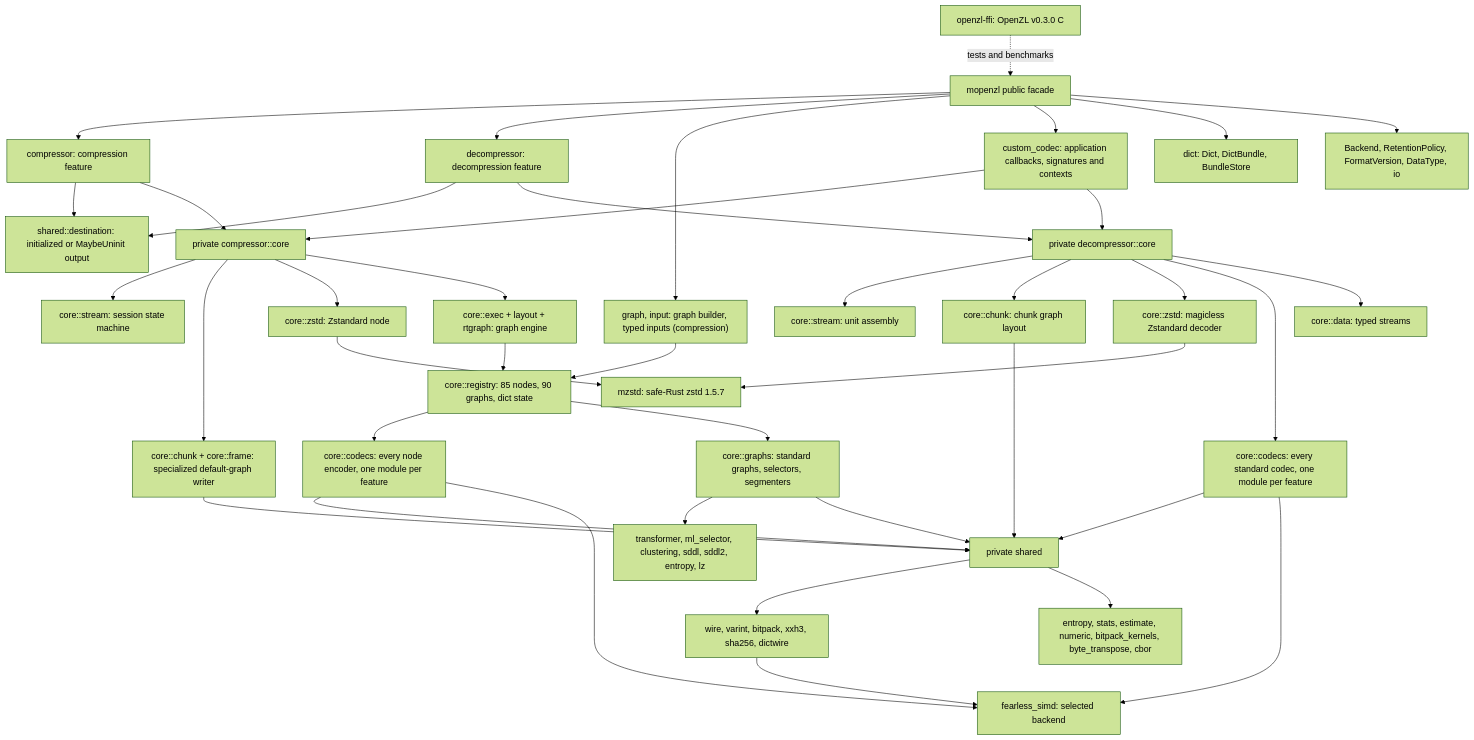
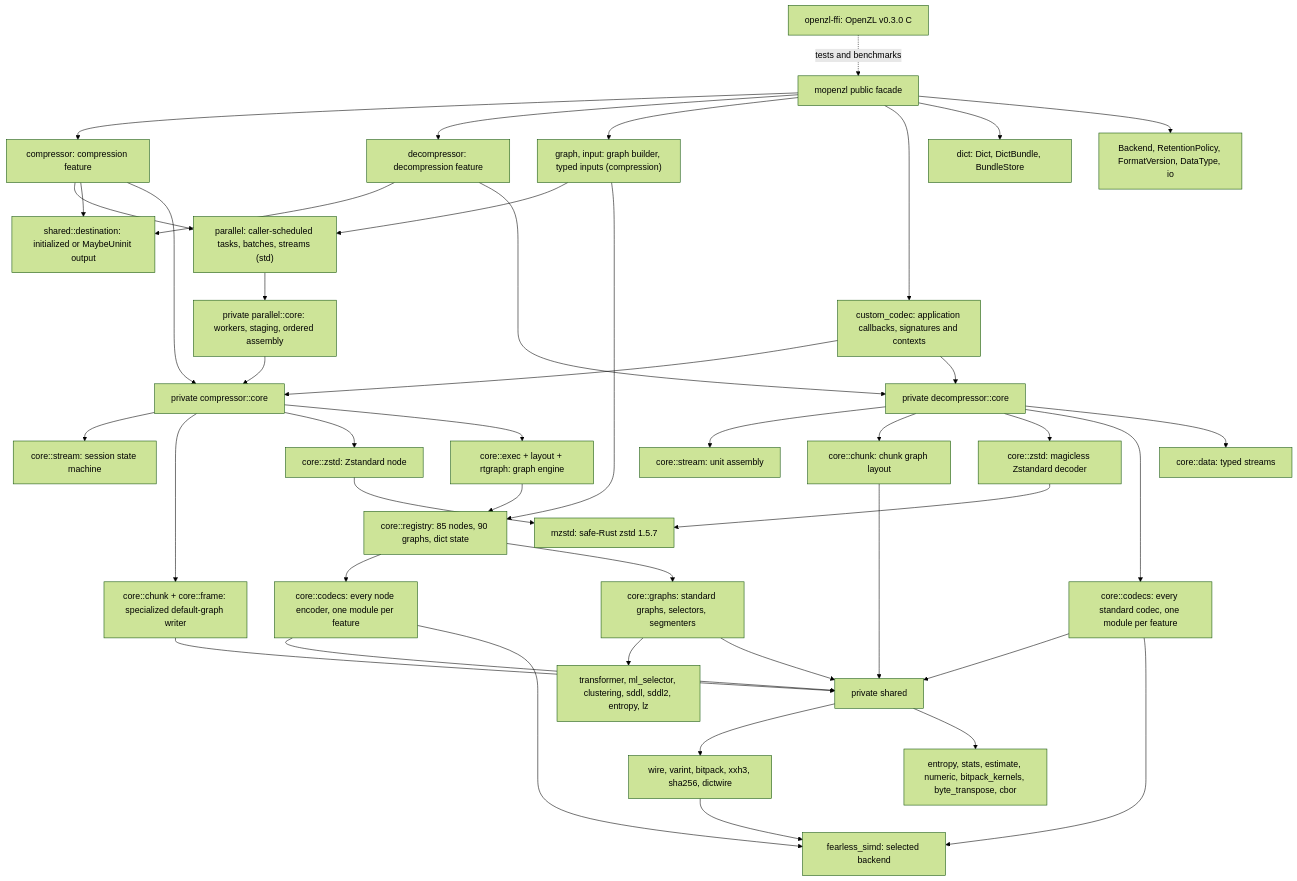
Before and after one commit to M-Compressors/mopenzl: the diagram in architecture/README.md, drawn with Mermaid (forest theme). The commit also changed other lines of this file and 60 other files, not shown here.

````diff
--- a/architecture/README.md
+++ b/architecture/README.md
@@ -9,42 +9,46 @@
 ```mermaid
 graph TD
     Root[mopenzl public facade] --> Encode[compressor: compression feature]
     Root --> Decode[decompressor: decompression feature]
     Root --> GraphApi["graph, input: graph builder, typed inputs (compression)"]
     Root --> Custom["custom_codec: application callbacks, signatures and contexts"]
     Custom --> ECore
     Custom --> DCore
     Root --> DictApi["dict: Dict, DictBundle, BundleStore"]
     Root --> Common[Backend, RetentionPolicy, FormatVersion, DataType, io]
+    Encode --> Parallel["parallel: caller-scheduled tasks, batches, streams (std)"]
+    GraphApi --> Parallel
+    Parallel --> PCore[private parallel::core: workers, staging, ordered assembly]
+    PCore --> ECore
     Encode --> Dest[shared::destination: initialized or MaybeUninit output]
     Decode --> Dest
     GraphApi --> Reg
     Encode --> ECore[private compressor::core]
     Decode --> DCore[private decompressor::core]
     ECore --> EStream[core::stream: session state machine]
     ECore --> EChunk[core::chunk + core::frame: specialized default-graph writer]
     ECore --> EZstd[core::zstd: Zstandard node]
     ECore --> EGraph[core::exec + layout + rtgraph: graph engine]
     EGraph --> Reg["core::registry: 85 nodes, 90 graphs, dict state"]
     Reg --> ECodecs["core::codecs: every node encoder, one module per feature"]
     Reg --> EGraphs["core::graphs: standard graphs, selectors, segmenters"]
     EGraphs --> Special["transformer, ml_selector, clustering, sddl, sddl2, entropy, lz"]
     DCore --> DStream[core::stream: unit assembly]
     DCore --> DChunk[core::chunk: chunk graph layout]
     DCore --> DZstd[core::zstd: magicless Zstandard decoder]
     DCore --> DCodecs[core::codecs: every standard codec, one module per feature]
     DCore --> DData[core::data: typed streams]
     EChunk --> Shared[private shared]
     ECodecs --> Shared
     EGraphs --> Shared
     DChunk --> Shared
     DCodecs --> Shared
     Shared --> Prims["wire, varint, bitpack, xxh3, sha256, dictwire"]
     Shared --> Algo["entropy, stats, estimate, numeric, bitpack_kernels, byte_transpose, cbor"]
     Prims --> SIMD[fearless_simd: selected backend]
     ECodecs --> SIMD
     DCodecs --> SIMD
     EZstd --> Mzstd[mzstd: safe-Rust zstd 1.5.7]
     DZstd --> Mzstd
     C[openzl-ffi: OpenZL v0.3.0 C] -. tests and benchmarks .-> Root
 ```
````
